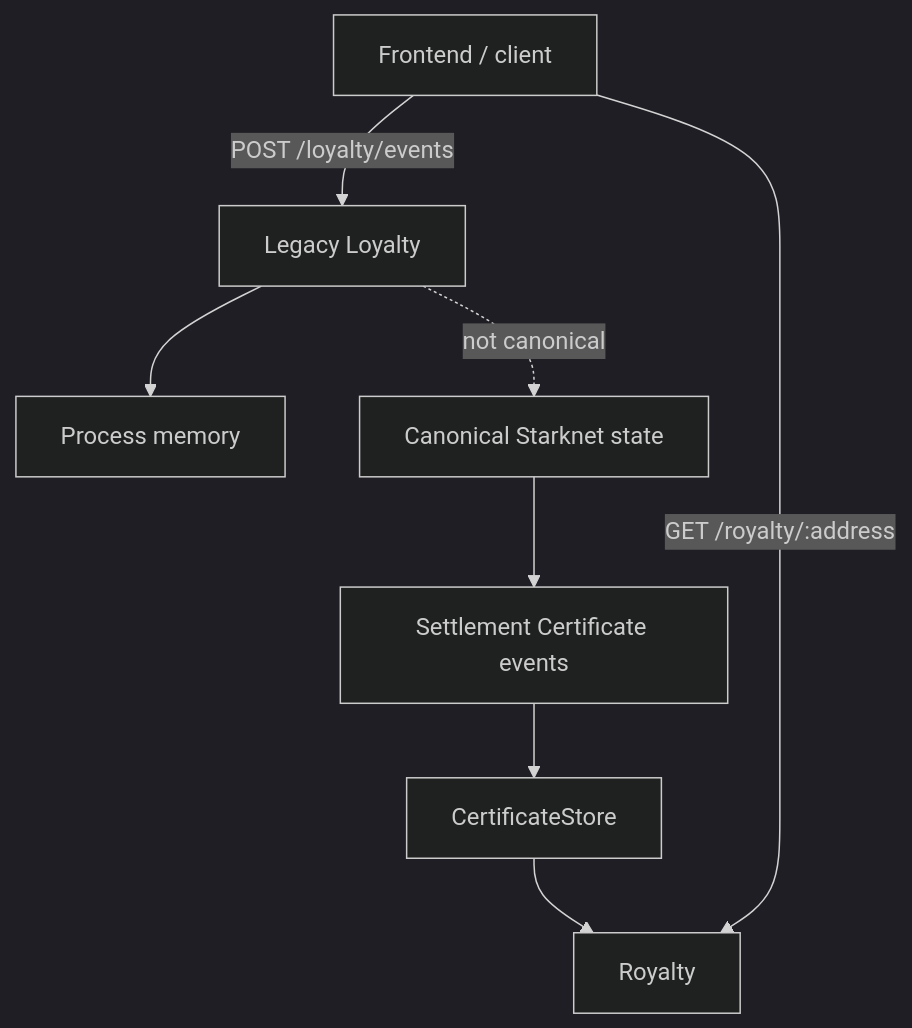
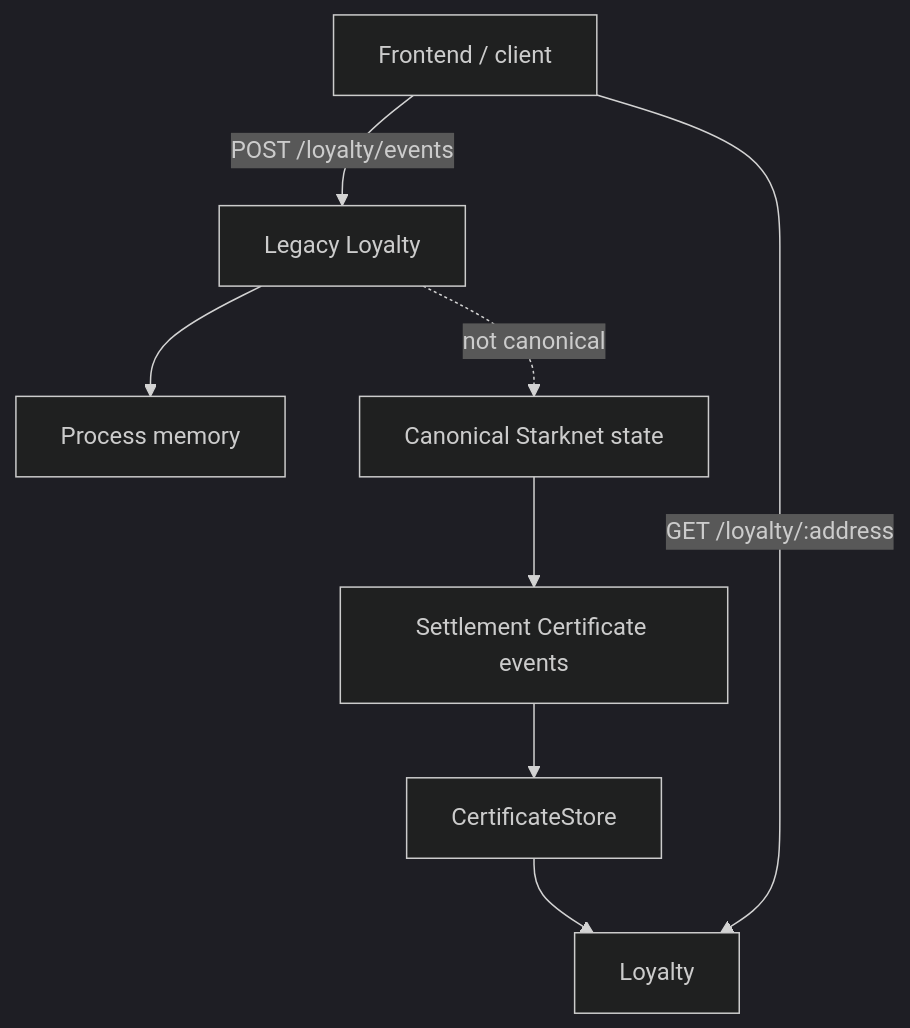
Before and after one commit to DXJLabs/vinss: the first of 7 diagrams in docs/technical/backend/loyalty.md, drawn with Mermaid (dark theme). The commit also changed other lines of this file and 14 other files, not shown here.

````diff
--- a/docs/technical/backend/loyalty.md
+++ b/docs/technical/backend/loyalty.md
@@ -136,24 +136,24 @@
 ```mermaid
 flowchart TD
     FE["Frontend / client"]
 
     LOY["Legacy Loyalty"]
     MEM["Process memory"]
 
     CERT["Settlement Certificate events"]
     CSTORE["CertificateStore"]
-    ROY["Royalty"]
+    ROY["Loyalty"]
 
     CHAIN["Canonical Starknet state"]
 
     FE -->|"POST /loyalty/events"| LOY
     LOY --> MEM
 
     CHAIN --> CERT
     CERT --> CSTORE
     CSTORE --> ROY
 
-    FE -->|"GET /royalty/:address"| ROY
+    FE -->|"GET /loyalty/:address"| ROY
 
     LOY -. not canonical .-> CHAIN
 ```
````
